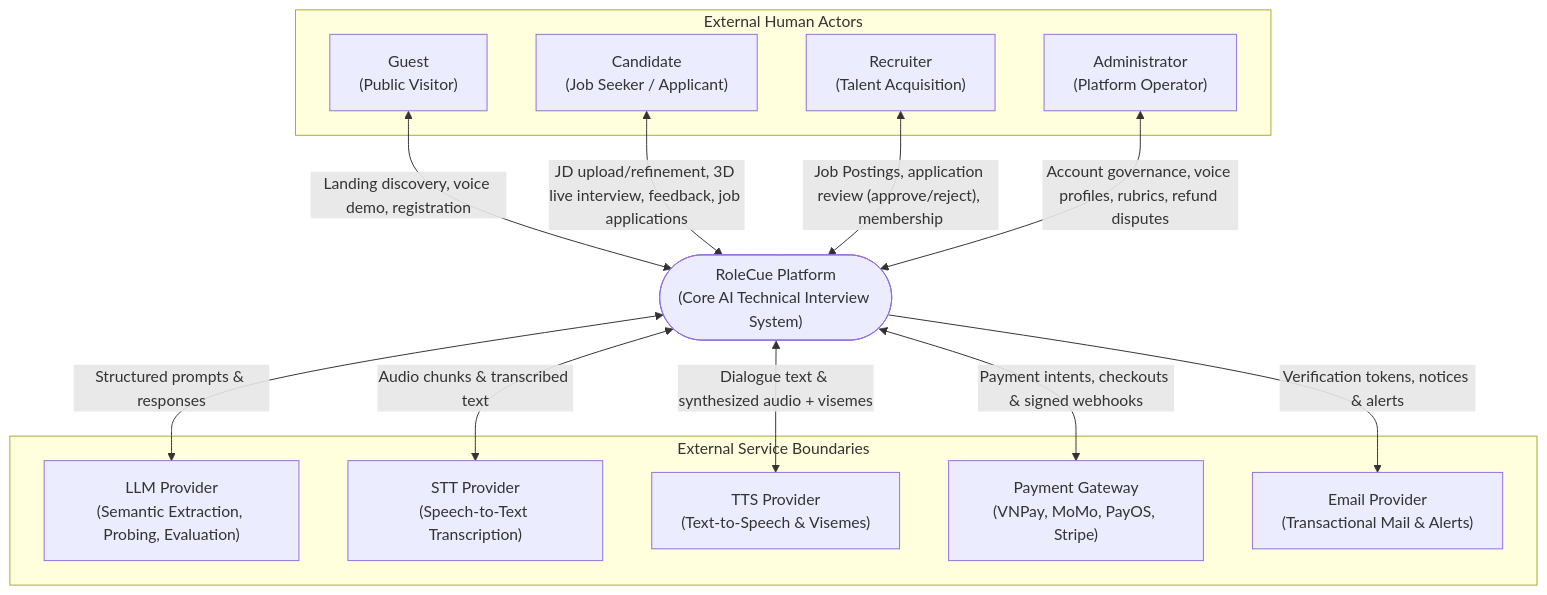
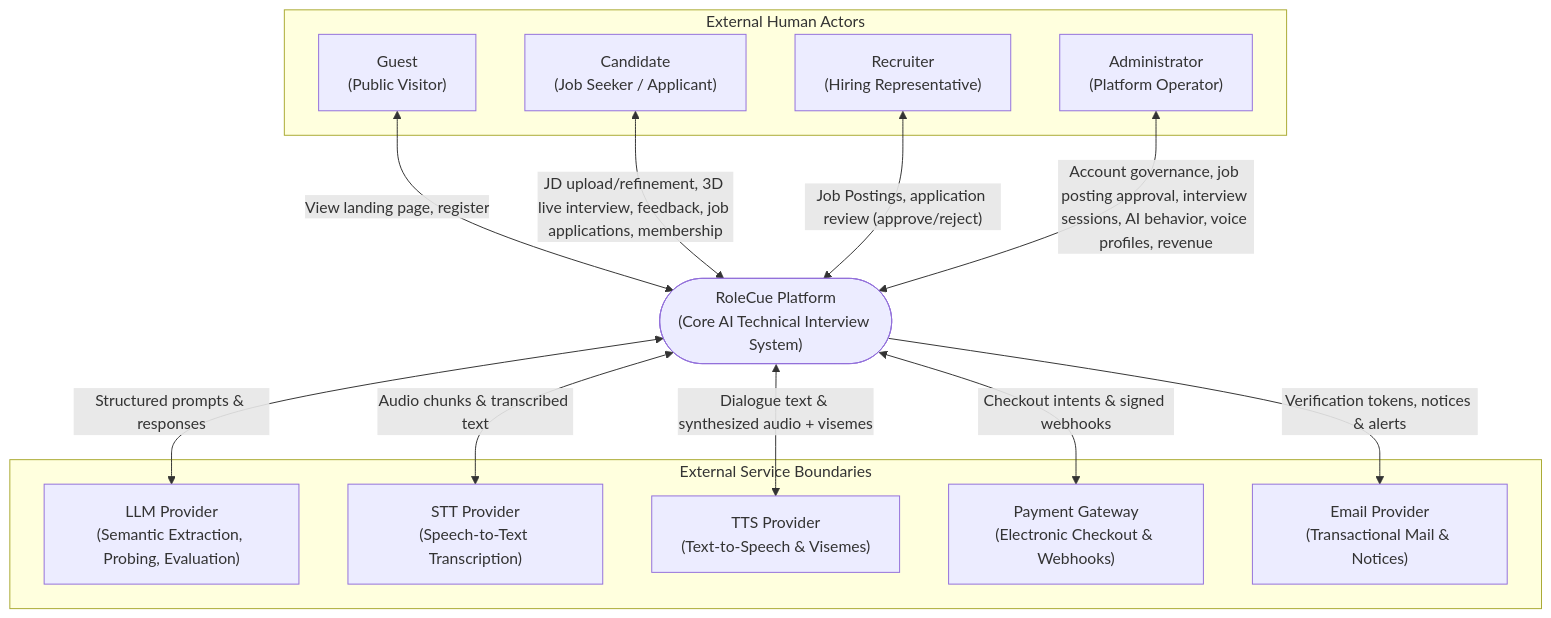
One commit to swp391-group3/ai-interview-practice-brain changed the diagram in 02_System/Context.md. Above: the diagram before and after it, drawn with Mermaid. The commit also changed other lines of this file and 17 other files, not shown here.

````diff
--- a/02_System/Context.md
+++ b/02_System/Context.md
@@ -21,32 +21,32 @@
 ```mermaid
 flowchart TD
     subgraph ExternalActors["External Human Actors"]
         GUEST["Guest<br/>(Public Visitor)"]
         CAND["Candidate<br/>(Job Seeker / Applicant)"]
-        REC["Recruiter<br/>(Talent Acquisition)"]
+        REC["Recruiter<br/>(Hiring Representative)"]
         ADMIN["Administrator<br/>(Platform Operator)"]
     end
 
     SYSTEM(["RoleCue Platform<br/>(Core AI Technical Interview System)"])
 
     subgraph ExternalServices["External Service Boundaries"]
         LLM["LLM Provider<br/>(Semantic Extraction, Probing, Evaluation)"]
         STT["STT Provider<br/>(Speech-to-Text Transcription)"]
         TTS["TTS Provider<br/>(Text-to-Speech & Visemes)"]
-        PAY["Payment Gateway<br/>(VNPay, MoMo, PayOS, Stripe)"]
-        EMAIL["Email Provider<br/>(Transactional Mail & Alerts)"]
+        PAY["Payment Gateway<br/>(Electronic Checkout & Webhooks)"]
+        EMAIL["Email Provider<br/>(Transactional Mail & Notices)"]
     end
 
     %% Actor Interactions
-    GUEST <-->|"Landing discovery, voice demo, registration"| SYSTEM
-    CAND <-->|"JD upload/refinement, 3D live interview, feedback, job applications"| SYSTEM
-    REC <-->|"Job Postings, application review (approve/reject), membership"| SYSTEM
-    ADMIN <-->|"Account governance, voice profiles, rubrics, refund disputes"| SYSTEM
+    GUEST <-->|"View landing page, register"| SYSTEM
+    CAND <-->|"JD upload/refinement, 3D live interview, feedback, job applications, membership"| SYSTEM
+    REC <-->|"Job Postings, application review (approve/reject)"| SYSTEM
+    ADMIN <-->|"Account governance, job posting approval, interview sessions, AI behavior, voice profiles, revenue"| SYSTEM
 
     %% Service Interactions
     SYSTEM <-->|"Structured prompts & responses"| LLM
     SYSTEM <-->|"Audio chunks & transcribed text"| STT
     SYSTEM <-->|"Dialogue text & synthesized audio + visemes"| TTS
-    SYSTEM <-->|"Payment intents, checkouts & signed webhooks"| PAY
+    SYSTEM <-->|"Checkout intents & signed webhooks"| PAY
     SYSTEM -->|"Verification tokens, notices & alerts"| EMAIL
 ```
````
